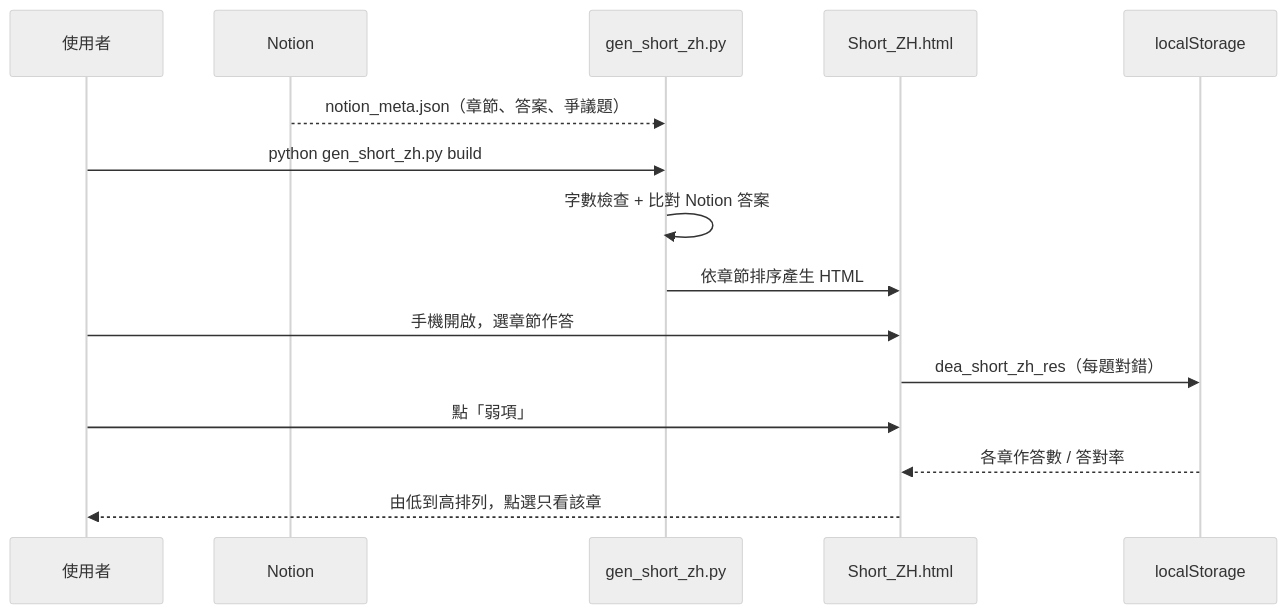
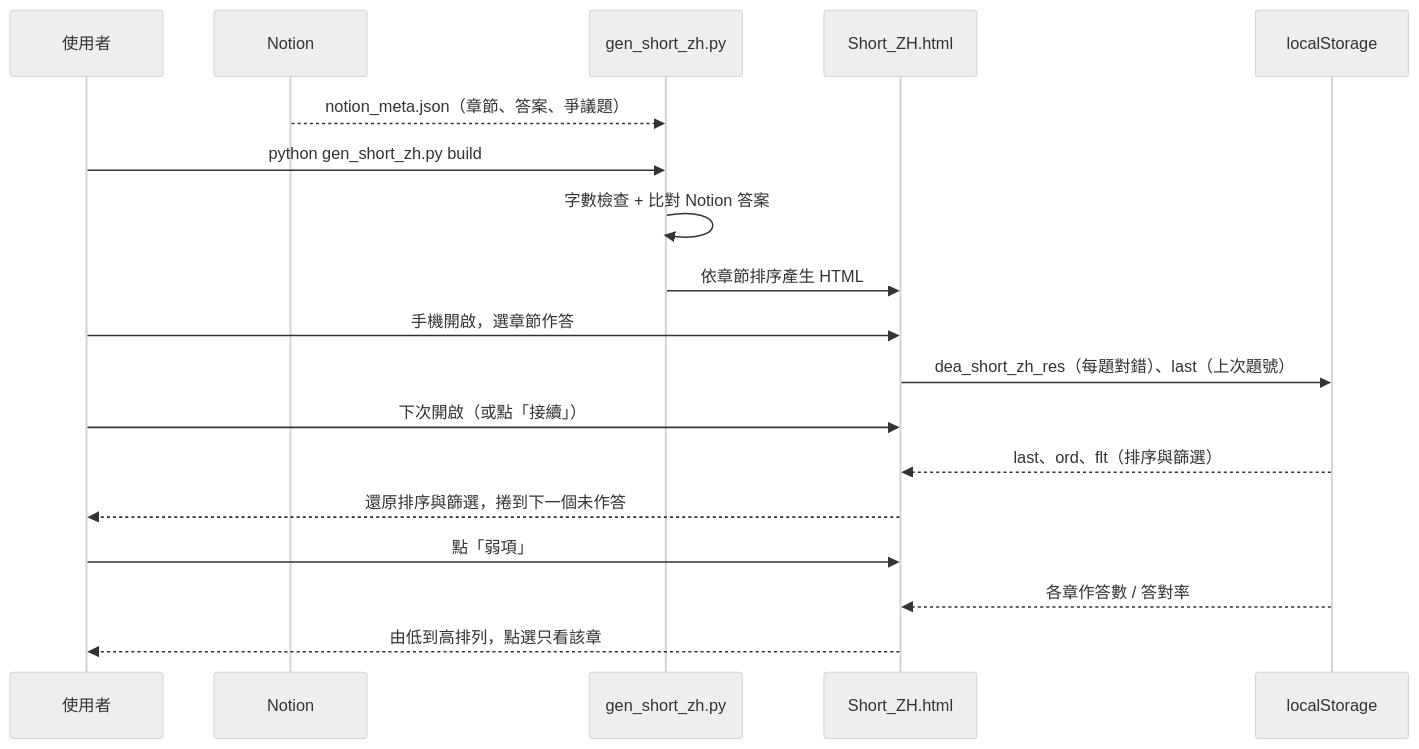
The fourth of 6 diagrams in gen_short_zh.md (cuteman0725/aws-dea-c01-question-bank), drawn with Mermaid (neutral theme) before and after one commit. The commit also changed other lines of this file and 3 other files, not shown here.

````diff
--- a/gen_short_zh.md
+++ b/gen_short_zh.md
@@ -95,17 +97,20 @@
 ```mermaid
 sequenceDiagram
     participant U as 使用者
     participant N as Notion
     participant S as gen_short_zh.py
     participant H as Short_ZH.html
     participant L as localStorage
     N-->>S: notion_meta.json（章節、答案、爭議題）
     U->>S: python gen_short_zh.py build
     S->>S: 字數檢查 + 比對 Notion 答案
     S->>H: 依章節排序產生 HTML
     U->>H: 手機開啟，選章節作答
-    H->>L: dea_short_zh_res（每題對錯）
+    H->>L: dea_short_zh_res（每題對錯）、last（上次題號）
+    U->>H: 下次開啟（或點「接續」）
+    L-->>H: last、ord、flt（排序與篩選）
+    H-->>U: 還原排序與篩選，捲到下一個未作答
     U->>H: 點「弱項」
     L-->>H: 各章作答數 / 答對率
     H-->>U: 由低到高排列，點選只看該章
 ```
````
